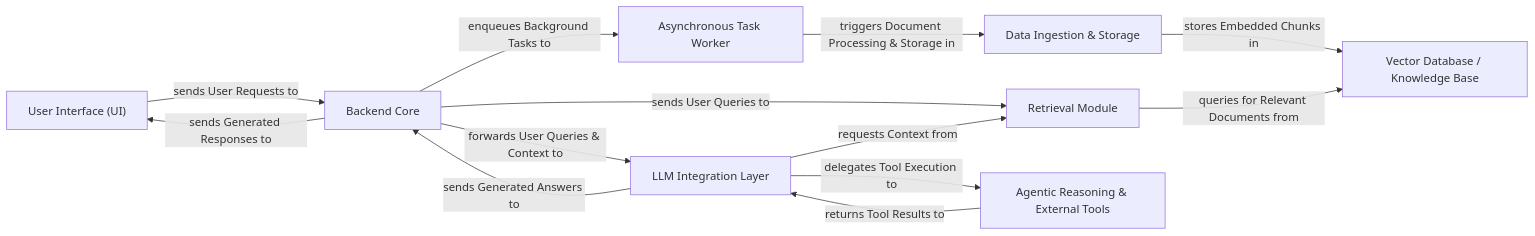
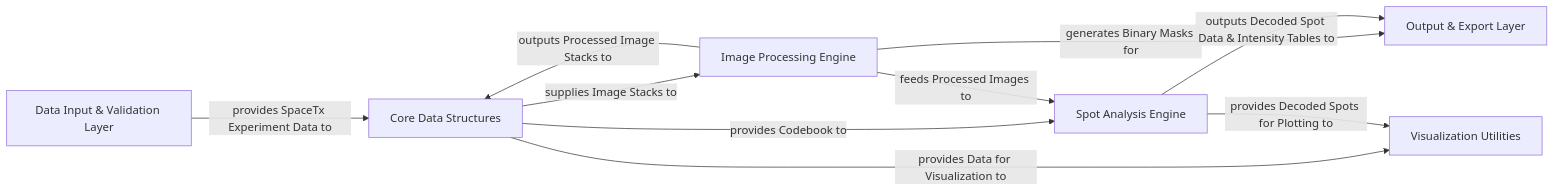
The diagram in .codeboarding/on_boarding.md (spacetx/starfish), drawn with Mermaid before and after one commit. The commit also changed other lines of this file and 30 other files, not shown here.

Commit message:
Updated graphics

````diff
--- a/.codeboarding/on_boarding.md
+++ b/.codeboarding/on_boarding.md
@@ -1,31 +1,24 @@
 ```mermaid
 graph LR
-    User_Interface_UI_["User Interface (UI)"]
-    Backend_Core["Backend Core"]
-    Data_Ingestion_Storage["Data Ingestion & Storage"]
-    Vector_Database_Knowledge_Base["Vector Database / Knowledge Base"]
-    Retrieval_Module["Retrieval Module"]
-    LLM_Integration_Layer["LLM Integration Layer"]
-    Agentic_Reasoning_External_Tools["Agentic Reasoning & External Tools"]
-    Asynchronous_Task_Worker["Asynchronous Task Worker"]
-    User_Interface_UI_ -- "sends User Requests to" --> Backend_Core
-    Backend_Core -- "sends Generated Responses to" --> User_Interface_UI_
-    Backend_Core -- "enqueues Background Tasks to" --> Asynchronous_Task_Worker
-    Backend_Core -- "sends User Queries to" --> Retrieval_Module
-    Backend_Core -- "forwards User Queries & Context to" --> LLM_Integration_Layer
-    Asynchronous_Task_Worker -- "triggers Document Processing & Storage in" --> Data_Ingestion_Storage
-    Data_Ingestion_Storage -- "stores Embedded Chunks in" --> Vector_Database_Knowledge_Base
-    Retrieval_Module -- "queries for Relevant Documents from" --> Vector_Database_Knowledge_Base
-    LLM_Integration_Layer -- "requests Context from" --> Retrieval_Module
-    LLM_Integration_Layer -- "delegates Tool Execution to" --> Agentic_Reasoning_External_Tools
-    Agentic_Reasoning_External_Tools -- "returns Tool Results to" --> LLM_Integration_Layer
-    LLM_Integration_Layer -- "sends Generated Answers to" --> Backend_Core
-    click User_Interface_UI_ href "https://github.com/CodeBoarding/GeneratedOnBoardings/blob/main/DocsGPT/User_Interface_UI_.md" "Details"
-    click Backend_Core href "https://github.com/CodeBoarding/GeneratedOnBoardings/blob/main/DocsGPT/Backend_Core.md" "Details"
-    click Data_Ingestion_Storage href "https://github.com/CodeBoarding/GeneratedOnBoardings/blob/main/DocsGPT/Data_Ingestion_Storage.md" "Details"
-    click Vector_Database_Knowledge_Base href "https://github.com/CodeBoarding/GeneratedOnBoardings/blob/main/DocsGPT/Vector_Database_Knowledge_Base.md" "Details"
-    click Retrieval_Module href "https://github.com/CodeBoarding/GeneratedOnBoardings/blob/main/DocsGPT/Retrieval_Module.md" "Details"
-    click LLM_Integration_Layer href "https://github.com/CodeBoarding/GeneratedOnBoardings/blob/main/DocsGPT/LLM_Integration_Layer.md" "Details"
-    click Agentic_Reasoning_External_Tools href "https://github.com/CodeBoarding/GeneratedOnBoardings/blob/main/DocsGPT/Agentic_Reasoning_External_Tools.md" "Details"
-    click Asynchronous_Task_Worker href "https://github.com/CodeBoarding/GeneratedOnBoardings/blob/main/DocsGPT/Asynchronous_Task_Worker.md" "Details"
+    Data_Input_Validation_Layer["Data Input & Validation Layer"]
+    Core_Data_Structures["Core Data Structures"]
+    Image_Processing_Engine["Image Processing Engine"]
+    Spot_Analysis_Engine["Spot Analysis Engine"]
+    Output_Export_Layer["Output & Export Layer"]
+    Visualization_Utilities["Visualization Utilities"]
+    Data_Input_Validation_Layer -- "provides SpaceTx Experiment Data to" --> Core_Data_Structures
+    Core_Data_Structures -- "supplies Image Stacks to" --> Image_Processing_Engine
+    Core_Data_Structures -- "provides Codebook to" --> Spot_Analysis_Engine
+    Image_Processing_Engine -- "outputs Processed Image Stacks to" --> Core_Data_Structures
+    Image_Processing_Engine -- "feeds Processed Images to" --> Spot_Analysis_Engine
+    Image_Processing_Engine -- "generates Binary Masks for" --> Output_Export_Layer
+    Spot_Analysis_Engine -- "outputs Decoded Spot Data & Intensity Tables to" --> Output_Export_Layer
+    Core_Data_Structures -- "provides Data for Visualization to" --> Visualization_Utilities
+    Spot_Analysis_Engine -- "provides Decoded Spots for Plotting to" --> Visualization_Utilities
+    click Data_Input_Validation_Layer href "https://github.com/CodeBoarding/GeneratedOnBoardings/blob/main/starfish/Data_Input_Validation_Layer.md" "Details"
+    click Core_Data_Structures href "https://github.com/CodeBoarding/GeneratedOnBoardings/blob/main/starfish/Core_Data_Structures.md" "Details"
+    click Image_Processing_Engine href "https://github.com/CodeBoarding/GeneratedOnBoardings/blob/main/starfish/Image_Processing_Engine.md" "Details"
+    click Spot_Analysis_Engine href "https://github.com/CodeBoarding/GeneratedOnBoardings/blob/main/starfish/Spot_Analysis_Engine.md" "Details"
+    click Output_Export_Layer href "https://github.com/CodeBoarding/GeneratedOnBoardings/blob/main/starfish/Output_Export_Layer.md" "Details"
+    click Visualization_Utilities href "https://github.com/CodeBoarding/GeneratedOnBoardings/blob/main/starfish/Visualization_Utilities.md" "Details"
 ```
````
